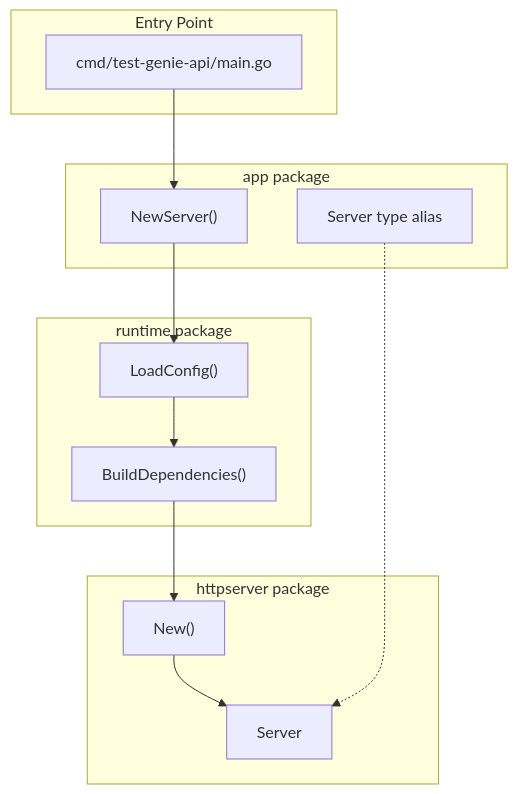
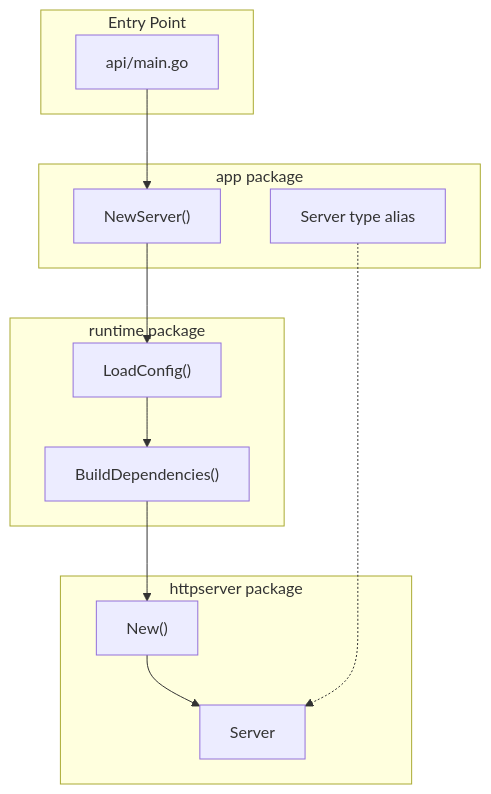
The first of 2 diagrams in scenarios/test-genie/api/internal/app/README.md (Vrooli/Vrooli), drawn with Mermaid before and after one commit. The commit also changed 76 other files, not shown here.

Commit message:
test-genie fixes p2

````diff
--- a/scenarios/test-genie/api/internal/app/README.md
+++ b/scenarios/test-genie/api/internal/app/README.md
@@ -7,28 +7,28 @@
 ```mermaid
 flowchart TB
     subgraph Entry["Entry Point"]
-        main["cmd/test-genie-api/main.go"]
+        main["api/main.go"]
     end
 
     subgraph App["app package"]
         newServer["NewServer()"]
         serverType["Server type alias"]
     end
 
     subgraph Runtime["runtime package"]
         loadConfig["LoadConfig()"]
         buildDeps["BuildDependencies()"]
     end
 
     subgraph HTTP["httpserver package"]
         httpNew["New()"]
         httpServer["Server"]
     end
 
     main --> newServer
     newServer --> loadConfig
     loadConfig --> buildDeps
     buildDeps --> httpNew
     httpNew --> httpServer
     serverType -.-> httpServer
 ```
````
